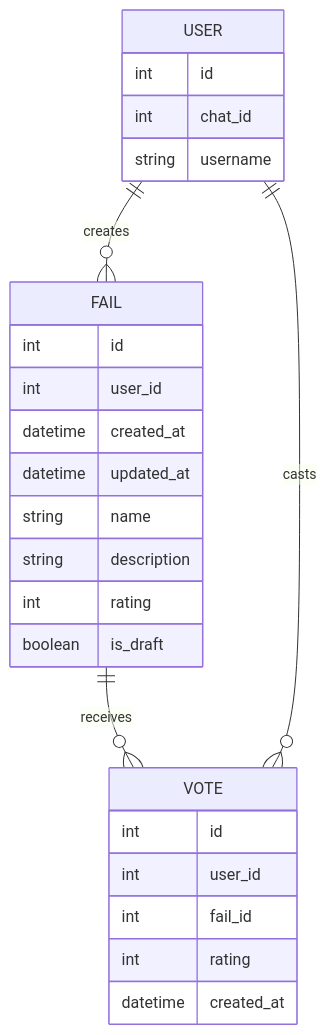
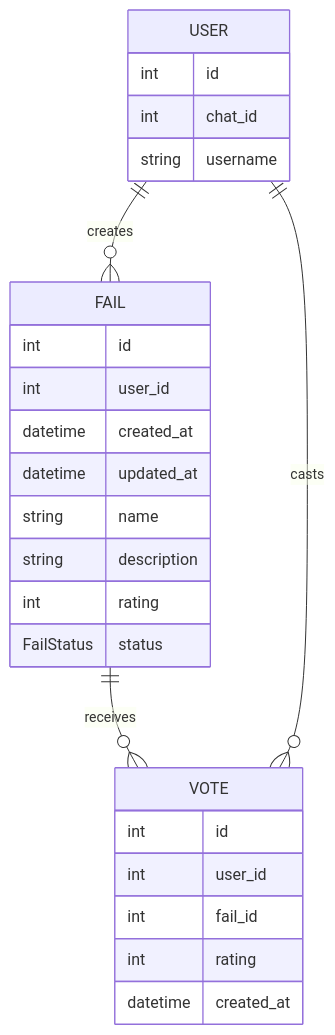
The diagram in bot/models/entity_relationship_diagram.md (mikey-semy/suckyear-bot), drawn with Mermaid before and after one commit. The commit also changed other lines of this file and 25 other files, not shown here.

````diff
--- a/bot/models/entity_relationship_diagram.md
+++ b/bot/models/entity_relationship_diagram.md
@@ -30,31 +30,31 @@
 ```mermaid
 erDiagram
     USER ||--o{ FAIL : creates
     USER {
         int id
         int chat_id
         string username
     }
     
     FAIL ||--o{ VOTE : receives
     FAIL {
         int id
         int user_id
         datetime created_at
         datetime updated_at
         string name
         string description
         int rating
-        boolean is_draft
+        FailStatus status
     }
     
     VOTE {
         int id
         int user_id
         int fail_id
         int rating
         datetime created_at
     }
     
     USER ||--o{ VOTE : casts
 ```
````
